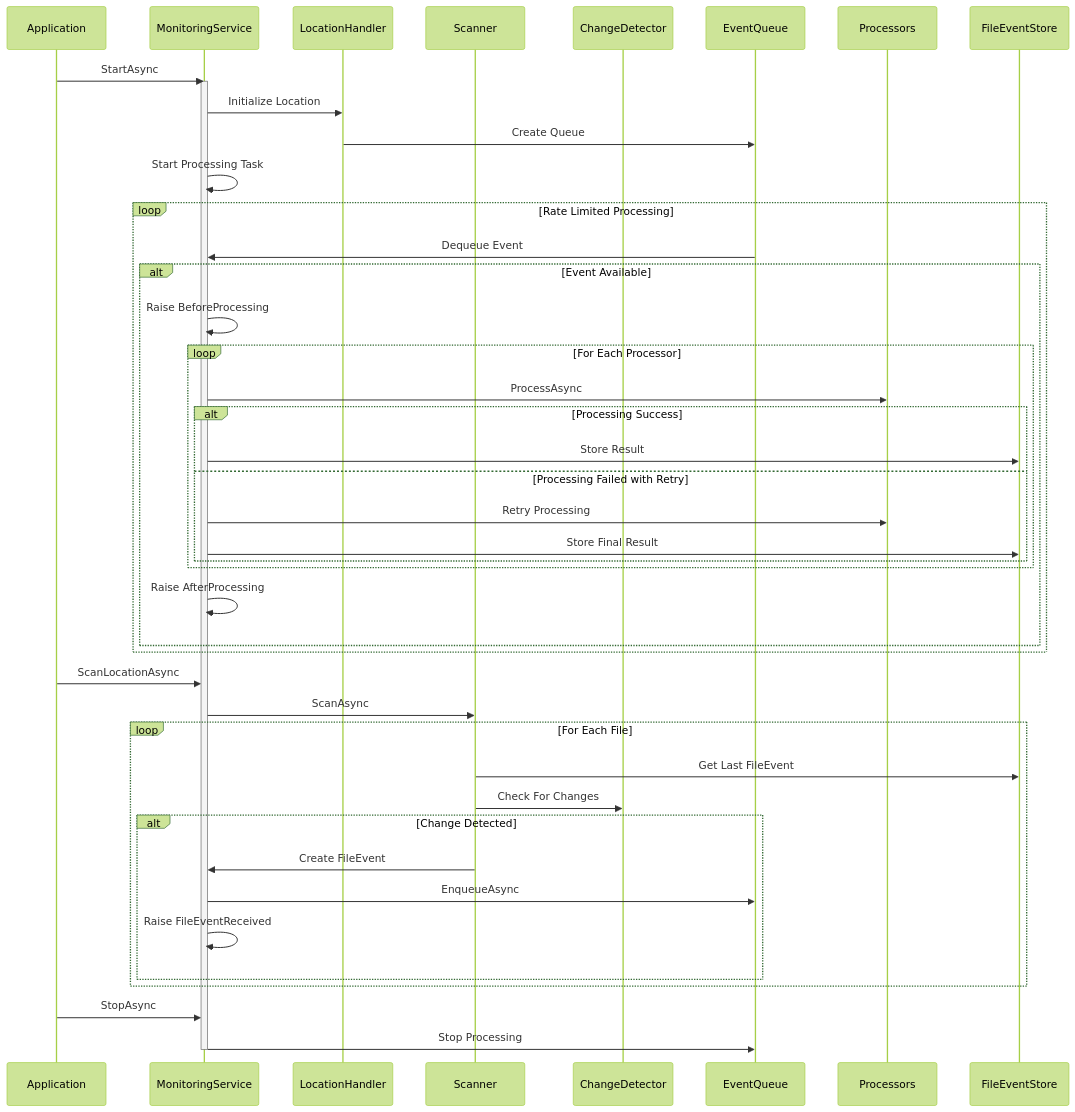
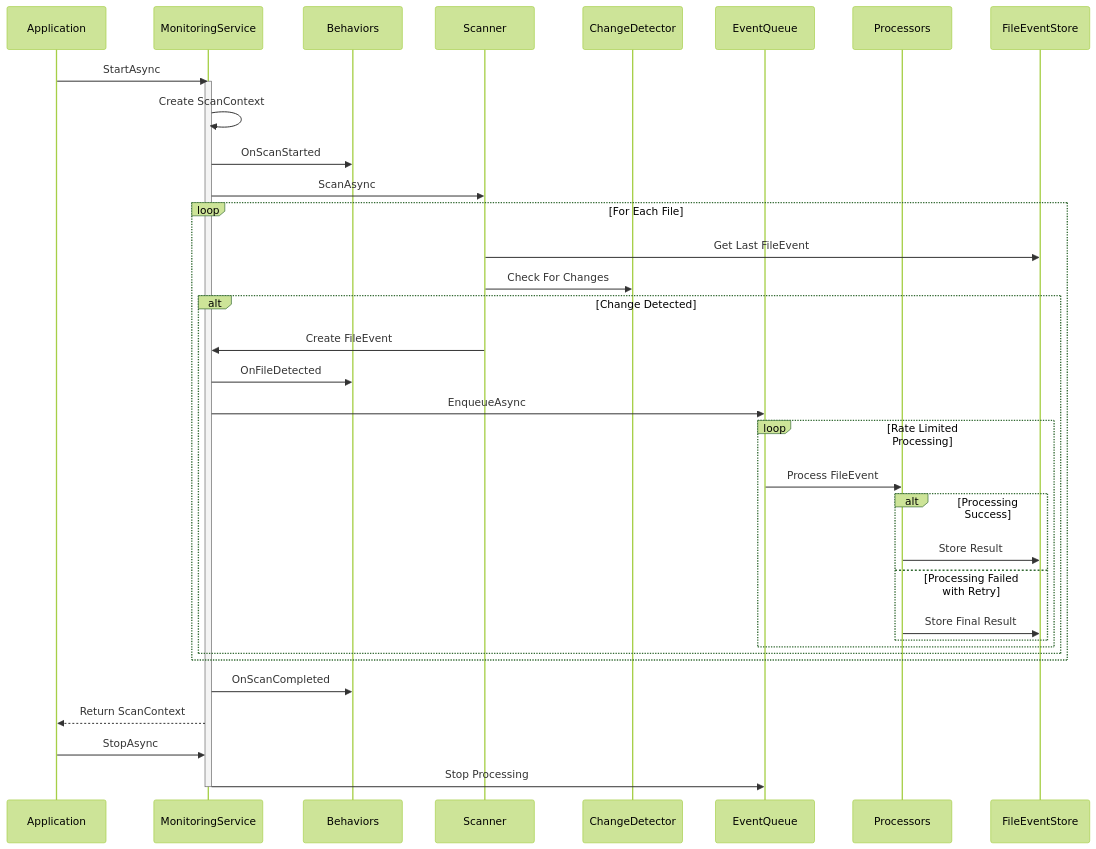
The fourth of 4 diagrams in src/Application.Storage/Monitoring/DESIGN.md (BridgingIT-GmbH/bITdevKit), drawn with Mermaid (forest theme) before and after one commit. The commit also changed other lines of this file and 3 other files, not shown here.

````diff
--- a/src/Application.Storage/Monitoring/DESIGN.md
+++ b/src/Application.Storage/Monitoring/DESIGN.md
@@ -112,60 +160,48 @@
 ```mermaid
 sequenceDiagram
     participant App as Application
     participant MS as MonitoringService
-    participant Loc as LocationHandler
+    participant BH as Behaviors
     participant S as Scanner
     participant CD as ChangeDetector
     participant Q as EventQueue
     participant P as Processors
     participant ST as FileEventStore
 
     %% Startup Scanner Mode
     App->>MS: StartAsync
     activate MS
-    MS->>Loc: Initialize Location
-    Loc->>Q: Create Queue
+    MS->>MS: Create ScanContext
+    MS->>BH: OnScanStarted
 
-    %% Start Processing
-    MS->>MS: Start Processing Task
-
-    loop Rate Limited Processing
-        Q->>MS: Dequeue Event
-
-        alt Event Available
-            MS->>MS: Raise BeforeProcessing
-
-            loop For Each Processor
-                MS->>P: ProcessAsync
-                alt Processing Success
-                    MS->>ST: Store Result
-                else Processing Failed with Retry
-                    MS->>P: Retry Processing
-                    MS->>ST: Store Final Result
-                end
-            end
-
-            MS->>MS: Raise AfterProcessing
-        end
-    end
-
-    %% Manual Scan Operation
-    App->>MS: ScanLocationAsync
+    %% Start Scanning
     MS->>S: ScanAsync
 
     loop For Each File
         S->>ST: Get Last FileEvent
         S->>CD: Check For Changes
 
         alt Change Detected
             S->>MS: Create FileEvent
+            MS->>BH: OnFileDetected
             MS->>Q: EnqueueAsync
-            MS->>MS: Raise FileEventReceived
+
+            loop Rate Limited Processing
+                Q->>P: Process FileEvent
+                alt Processing Success
+                    P->>ST: Store Result
+                else Processing Failed with Retry
+                    P->>ST: Store Final Result
+                end
+            end
         end
     end
+
+    MS->>BH: OnScanCompleted
+    MS-->>App: Return ScanContext
 
     %% Shutdown
     App->>MS: StopAsync
     MS->>Q: Stop Processing
     deactivate MS
 ```
````
